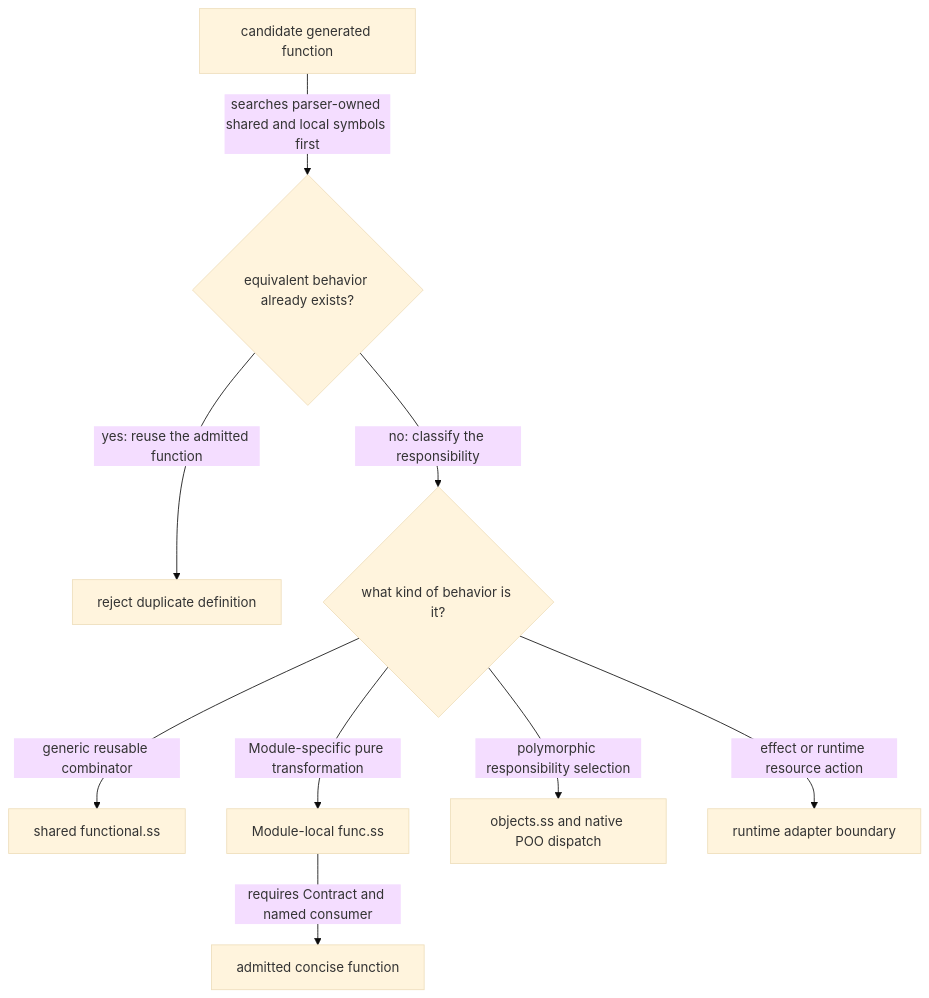
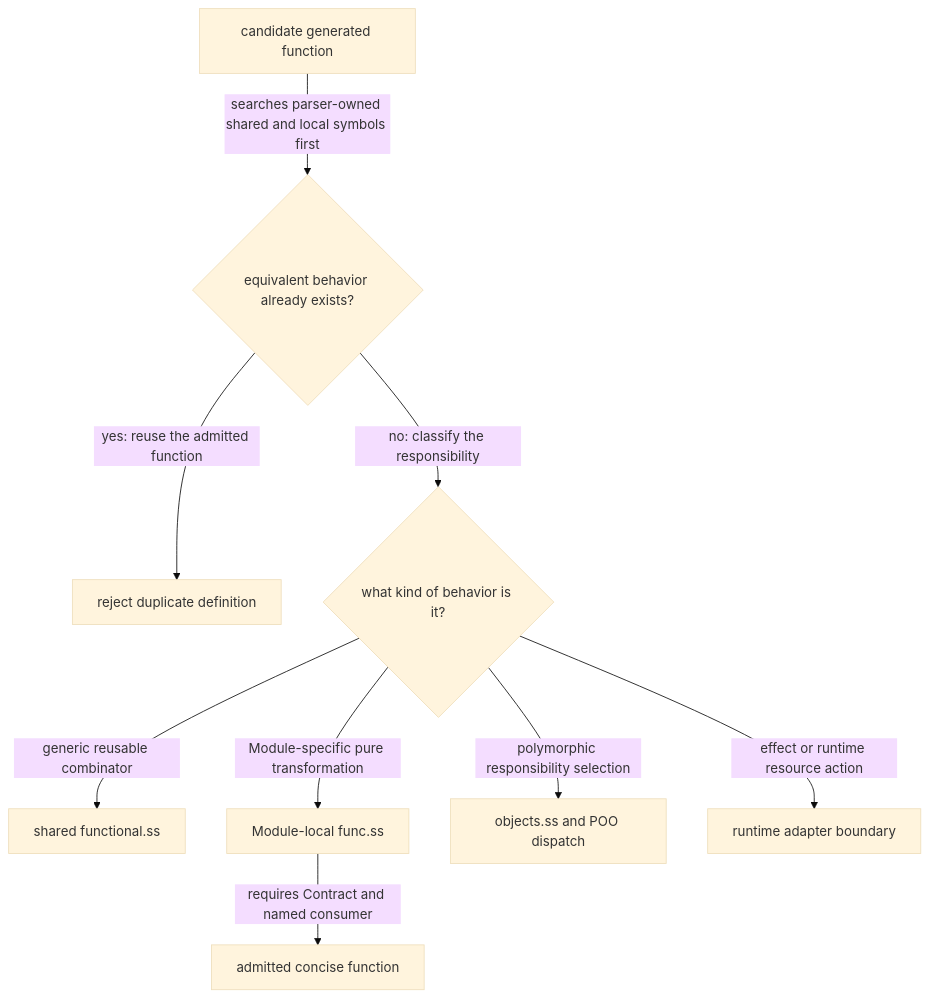
The third of 4 diagrams in module-system/design/45-120-02-module-local-functional-kernel-governance.org (tao3k/gebril-yuanxu), drawn with Mermaid (base theme) before and after one commit. The commit also changed other lines of this file and 1469 other files, not shown here.

```diff
--- a/module-system/design/45-120-02-module-local-functional-kernel-governance.org
+++ b/module-system/design/45-120-02-module-local-functional-kernel-governance.org
@@ -176,11 +176,11 @@
 #+begin_src mermaid
 flowchart TD
   C["candidate generated function"] -->|"searches parser-owned shared and local symbols first"| D{"equivalent behavior already exists?"}
   D -->|"yes: reuse the admitted function"| X["reject duplicate definition"]
   D -->|"no: classify the responsibility"| K{"what kind of behavior is it?"}
   K -->|"generic reusable combinator"| S["shared functional.ss"]
   K -->|"Module-specific pure transformation"| F["Module-local func.ss"]
-  K -->|"polymorphic responsibility selection"| O["objects.ss and native POO dispatch"]
+  K -->|"polymorphic responsibility selection"| O["objects.ss and POO dispatch"]
   K -->|"effect or runtime resource action"| R["runtime adapter boundary"]
   F -->|"requires Contract and named consumer"| A["admitted concise function"]
 #+end_src
```
